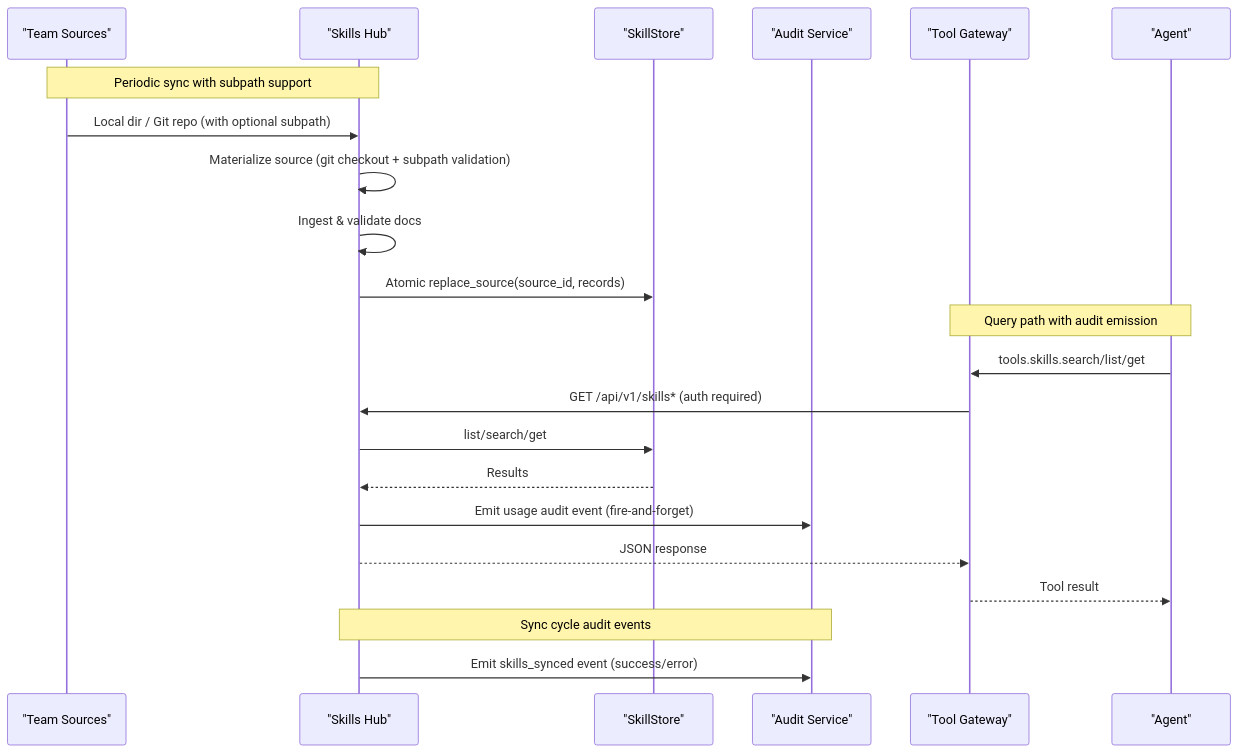
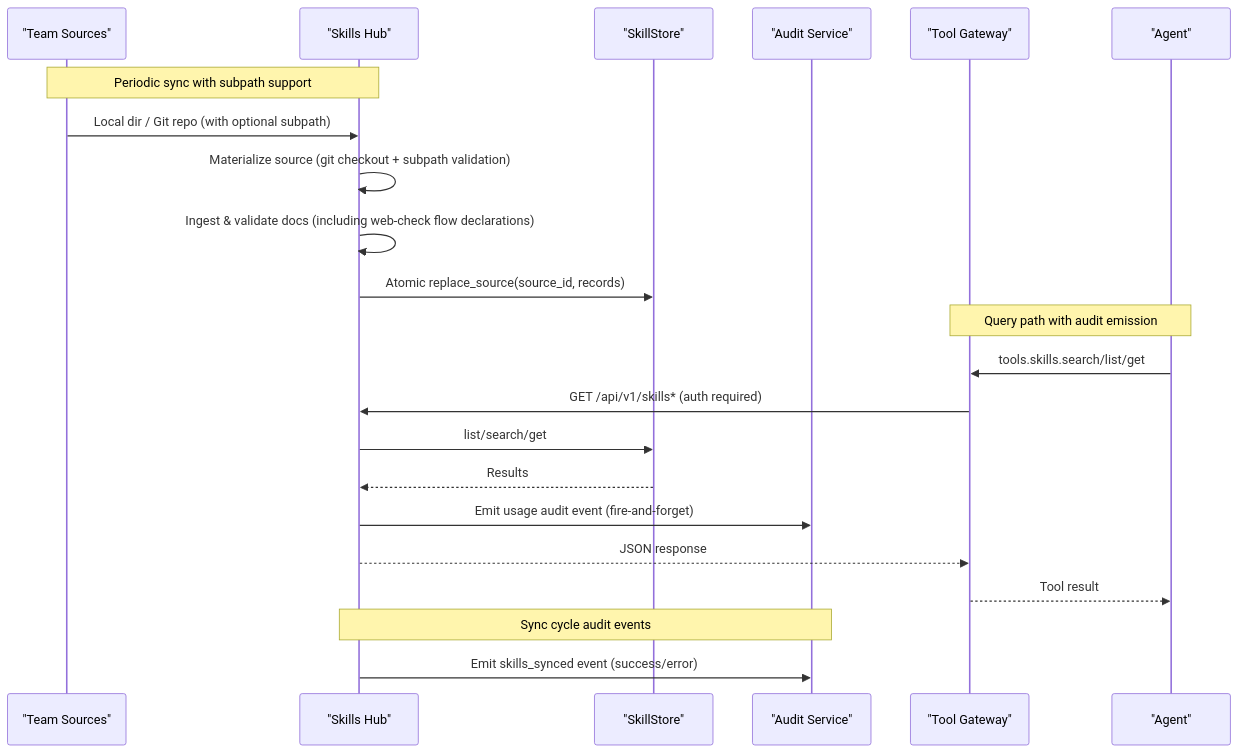
One commit to metasync/luban-aiops changed the second of 13 diagrams in .qoder/repowiki/en/content/Deployment and Operations/Skills Hub Service.md. Above: the diagram before and after it, drawn with Mermaid. The commit also changed other lines of this file and 6 other files, not shown here.

````diff
--- a/.qoder/repowiki/en/content/Deployment and Operations/Skills Hub Service.md
+++ b/.qoder/repowiki/en/content/Deployment and Operations/Skills Hub Service.md
@@ -132,24 +136,24 @@
 ```mermaid
 sequenceDiagram
 participant Team as "Team Sources"
 participant Hub as "Skills Hub"
 participant Store as "SkillStore"
 participant Audit as "Audit Service"
 participant GW as "Tool Gateway"
 participant Agent as "Agent"
 Note over Team,Hub : Periodic sync with subpath support
 Team->>Hub : Local dir / Git repo (with optional subpath)
 Hub->>Hub : Materialize source (git checkout + subpath validation)
-Hub->>Hub : Ingest & validate docs
+Hub->>Hub : Ingest & validate docs (including web-check flow declarations)
 Hub->>Store : Atomic replace_source(source_id, records)
 Note over Agent,GW : Query path with audit emission
 Agent->>GW : tools.skills.search/list/get
 GW->>Hub : GET /api/v1/skills* (auth required)
 Hub->>Store : list/search/get
 Store-->>Hub : Results
 Hub->>Audit : Emit usage audit event (fire-and-forget)
 Hub-->>GW : JSON response
 GW-->>Agent : Tool result
 Note over Hub,Audit : Sync cycle audit events
 Hub->>Audit : Emit skills_synced event (success/error)
 ```
````
